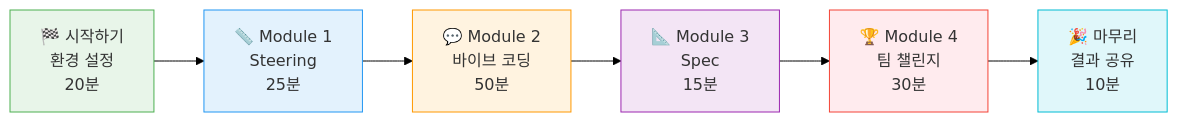
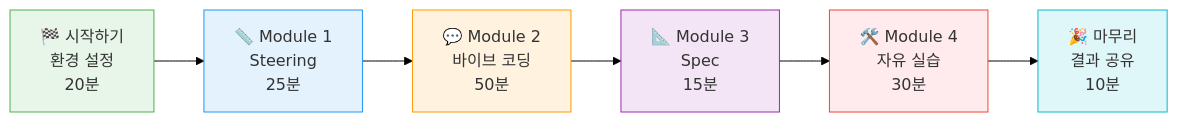
Before and after one commit to rornfdlek/kiro-workshop-gs25-52g: the second of 2 diagrams in README.md, drawn with Mermaid (forest theme). The commit also changed other lines of this file and 6 other files, not shown here.

````diff
--- a/README.md
+++ b/README.md
@@ -81,14 +81,14 @@
 ```mermaid
 graph LR
     A["🏁 시작하기<br/>환경 설정<br/>20분"] --> B["📏 Module 1<br/>Steering<br/>25분"]
     B --> C["💬 Module 2<br/>바이브 코딩<br/>50분"]
     C --> D["📐 Module 3<br/>Spec<br/>15분"]
-    D --> E["🏆 Module 4<br/>팀 챌린지<br/>30분"]
+    D --> E["🛠️ Module 4<br/>자유 실습<br/>30분"]
     E --> F["🎉 마무리<br/>결과 공유<br/>10분"]
     style A fill:#E8F5E9,stroke:#4CAF50,color:#333
     style B fill:#E3F2FD,stroke:#2196F3,color:#333
     style C fill:#FFF3E0,stroke:#FF9800,color:#333
     style D fill:#F3E5F5,stroke:#9C27B0,color:#333
     style E fill:#FFEBEE,stroke:#F44336,color:#333
     style F fill:#E0F7FA,stroke:#00BCD4,color:#333
 ```
````
